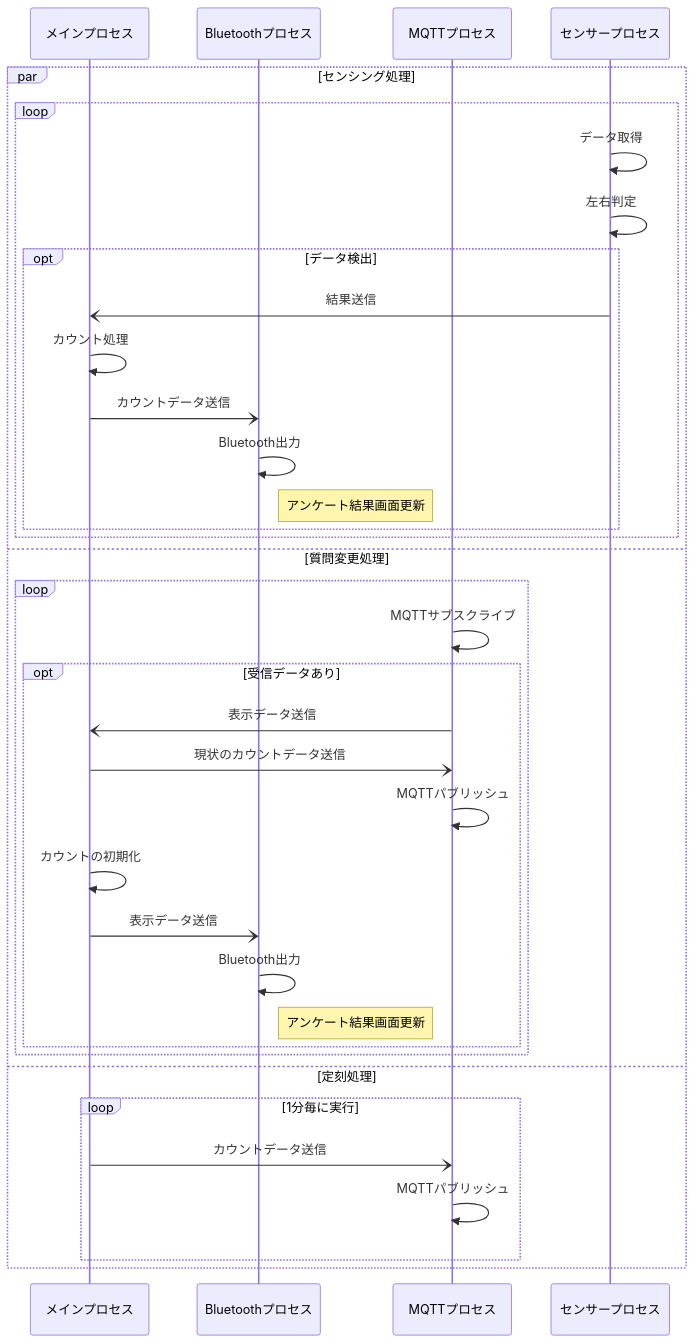
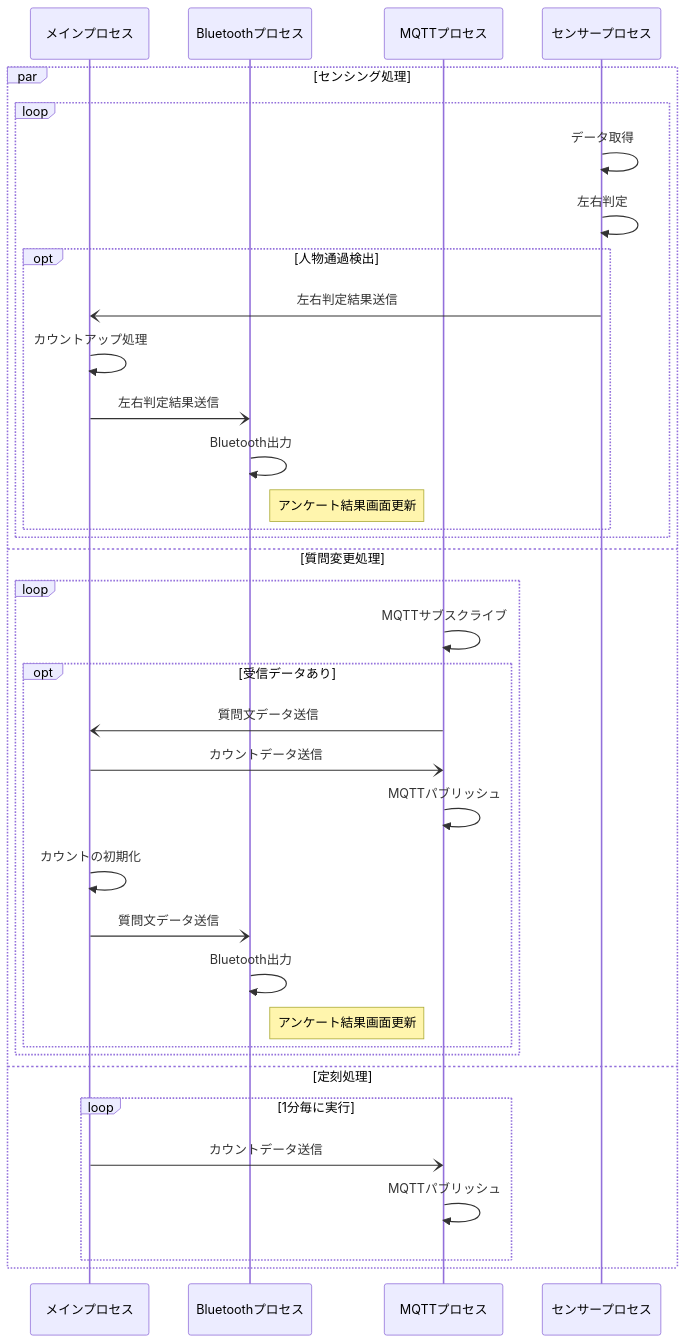
Before and after one commit to Hhelibebcnofne/escalator-enquete: the diagram in docs/spresense.md, drawn with Mermaid.

Commit message:
feat: Update spresense.md to refine sequence diagram with improved detection and data handling processes

````diff
--- a/docs/spresense.md
+++ b/docs/spresense.md
@@ -3,41 +3,41 @@
 ```mermaid
 sequenceDiagram
     participant Main as メインプロセス
     participant Bt as Bluetoothプロセス
     participant Mqtt as MQTTプロセス
     participant Sensor as センサープロセス
 
     par センシング処理
         loop
             Sensor ->> Sensor: データ取得
             Sensor ->> Sensor: 左右判定
-            opt データ検出
-                Sensor -) Main: 結果送信
-                Main ->> Main: カウント処理
-                Main -) Bt: カウントデータ送信
+            opt 人物通過検出
+                Sensor -) Main: 左右判定結果送信
+                Main ->> Main: カウントアップ処理
+                Main -) Bt: 左右判定結果送信
                 Bt ->> Bt: Bluetooth出力
                 Note right of Bt:アンケート結果画面更新
             end
         end
 
     and 質問変更処理
         loop
             Mqtt ->> Mqtt: MQTTサブスクライブ
             opt 受信データあり
-                Mqtt -) Main: 表示データ送信
-                Main -) Mqtt: 現状のカウントデータ送信
+                Mqtt -) Main: 質問文データ送信
+                Main -) Mqtt: カウントデータ送信
                 Mqtt ->> Mqtt: MQTTパブリッシュ
                 Main ->> Main: カウントの初期化
-                Main -) Bt: 表示データ送信
+                Main -) Bt: 質問文データ送信
                 Bt ->> Bt: Bluetooth出力
                 Note right of Bt:アンケート結果画面更新
             end
         end
     and  定刻処理
         loop 1分毎に実行
             Main -) Mqtt: カウントデータ送信
             Mqtt ->> Mqtt: MQTTパブリッシュ
         end
 
     end
 ```
````
